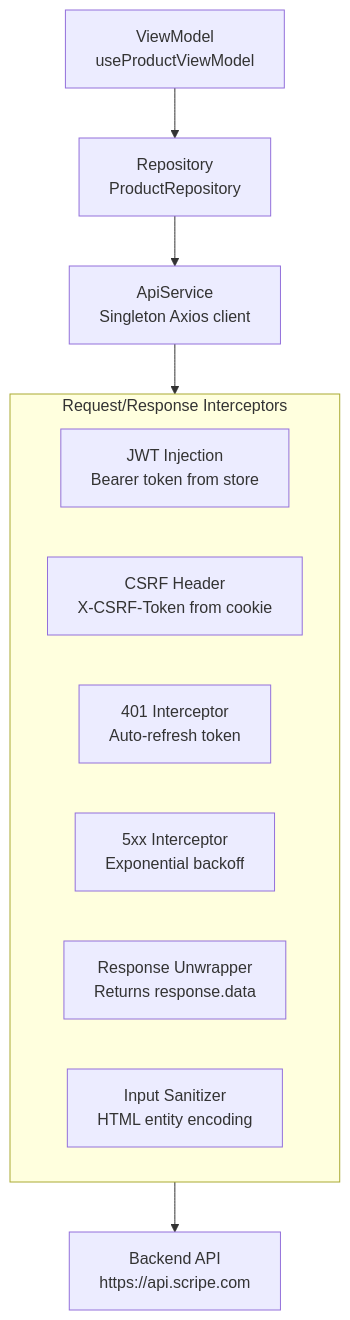
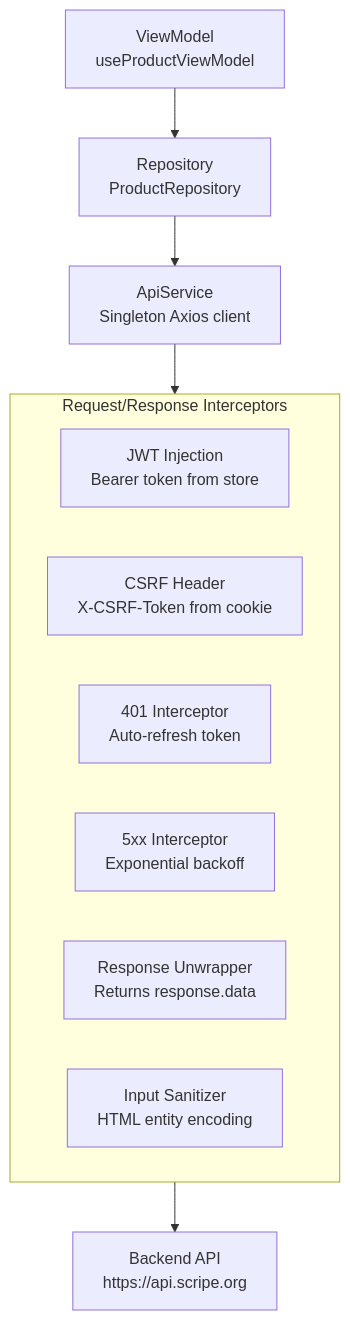
One commit to SCRIPE-org/SCRIPE-Frontend changed the diagram in docs/tutorial/02-api-integration.md. Above: the diagram before and after it, drawn with Mermaid. The commit also changed 385 other files, not shown here.

````diff
--- a/docs/tutorial/02-api-integration.md
+++ b/docs/tutorial/02-api-integration.md
@@ -9,17 +9,17 @@
 ```mermaid
 graph TB
     VM[ViewModel<br/>useProductViewModel] --> REPO[Repository<br/>ProductRepository]
     REPO --> API[ApiService<br/>Singleton Axios client]
     API --> INT[Interceptors]
 
     subgraph INT[Request/Response Interceptors]
         JWT[JWT Injection<br/>Bearer token from store]
         CSRF[CSRF Header<br/>X-CSRF-Token from cookie]
         REFRESH[401 Interceptor<br/>Auto-refresh token]
         RETRY[5xx Interceptor<br/>Exponential backoff]
         UNWRAP[Response Unwrapper<br/>Returns response.data]
         SANITIZE[Input Sanitizer<br/>HTML entity encoding]
     end
 
-    INT --> BACKEND[Backend API<br/>https://api.scripe.com]
+    INT --> BACKEND[Backend API<br/>https://api.scripe.org]
 ```
````
